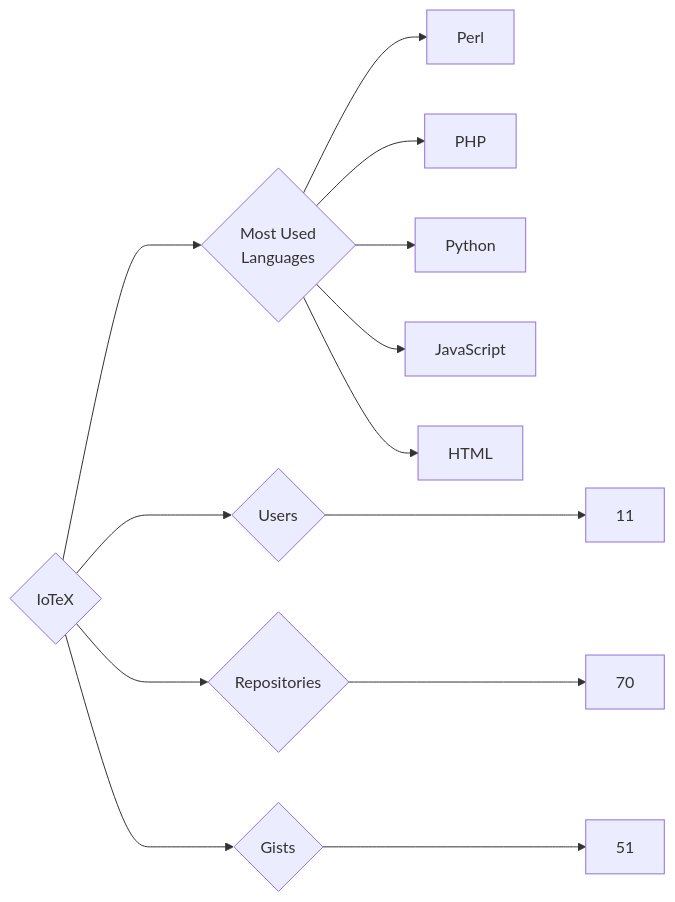
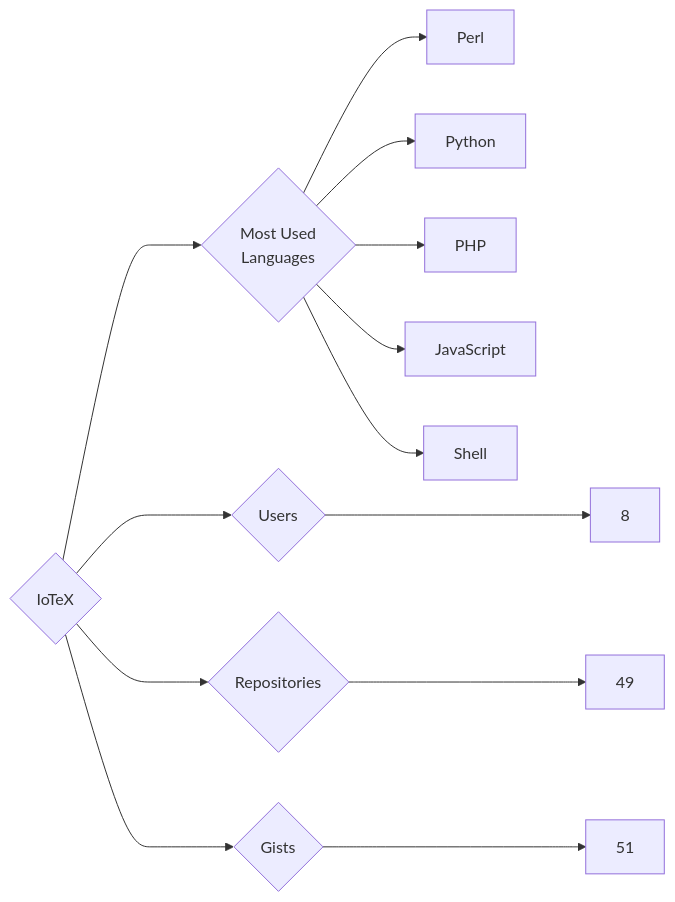
The diagram in targets/IoTeX/README.md (trickest/insiders), drawn with Mermaid before and after one commit. The commit also changed 1089 other files, not shown here.

````diff
--- a/targets/IoTeX/README.md
+++ b/targets/IoTeX/README.md
@@ -3,13 +3,13 @@
 ```mermaid
 graph LR
 COMPANY_NAME{IoTeX}
-COMPANY_NAME ---> U{Users} ---> UN[11]
-COMPANY_NAME ---> R{Repositories} ---> RN[70]
+COMPANY_NAME ---> U{Users} ---> UN[8]
+COMPANY_NAME ---> R{Repositories} ---> RN[49]
 COMPANY_NAME ---> G{Gists} ---> GN[51]
 COMPANY_NAME ---> ML{Most Used<br>Languages}
 ML --> Perl[Perl]
+ML --> Python[Python]
 ML --> PHP[PHP]
-ML --> Python[Python]
 ML --> JavaScript[JavaScript]
-ML --> HTML[HTML]
+ML --> Shell[Shell]
 ```
````
